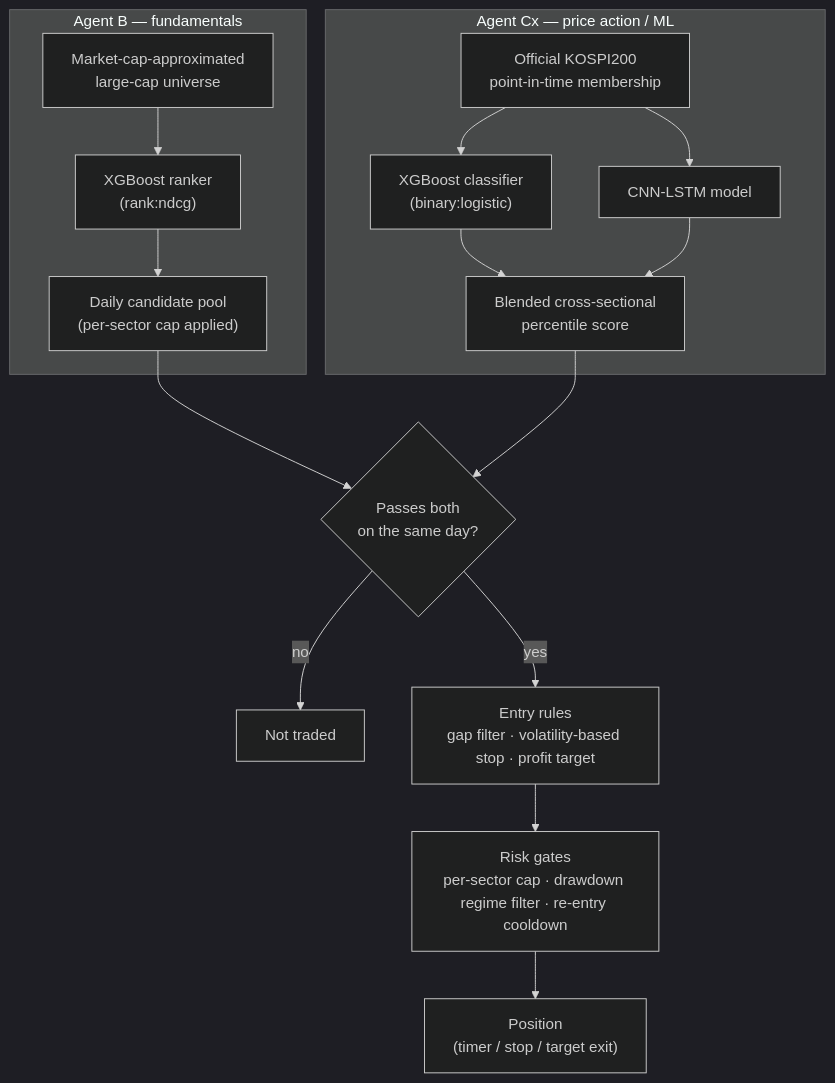
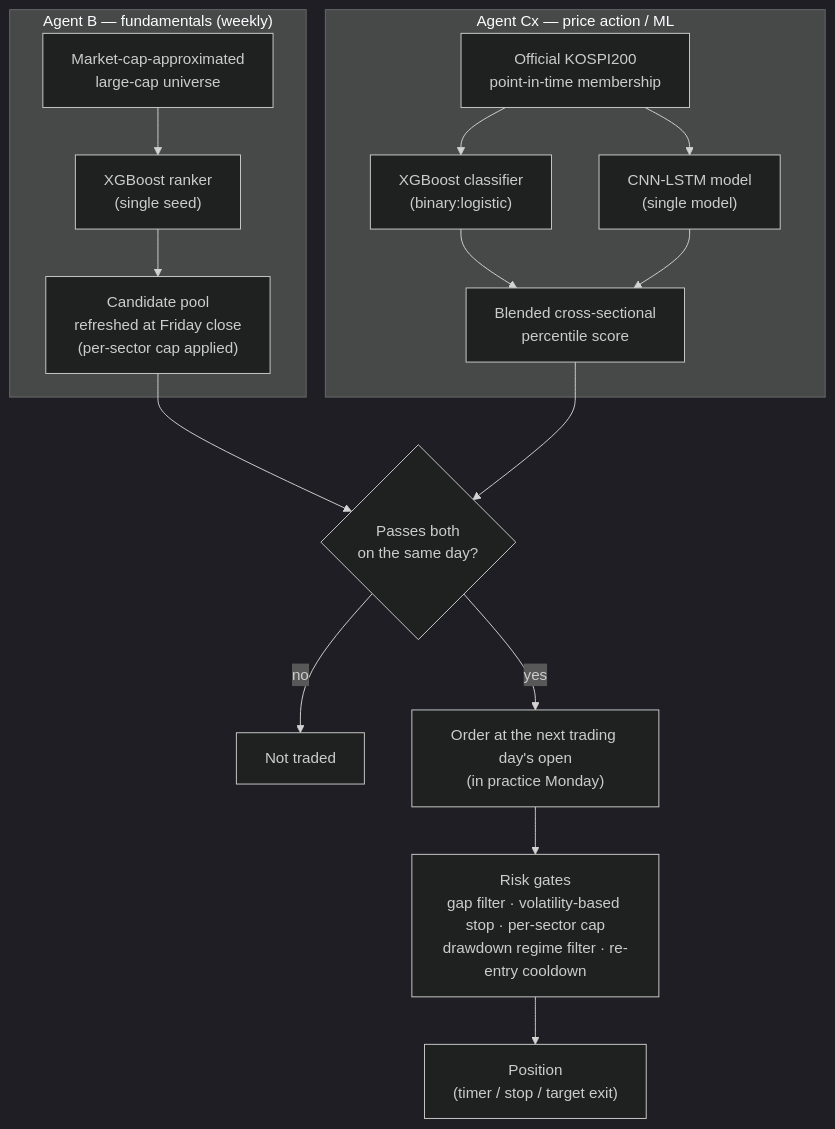
The first of 3 diagrams in README.md (paul00-post/kr-equity-quant-research), drawn with Mermaid (dark theme) before and after one commit. The commit also changed other lines of this file, not shown here.

First line of the commit message:
Add the seed-averaged daily sleeve, the 50/50 split plan, and the Cx embargo caveat

````diff
--- a/README.md
+++ b/README.md
@@ -120,21 +170,21 @@
 ```mermaid
 flowchart TD
-    subgraph AgentB["Agent B — fundamentals"]
-        B1["Market-cap-approximated<br/>large-cap universe"] --> B2["XGBoost ranker<br/>(rank:ndcg)"]
-        B2 --> B3["Daily candidate pool<br/>(per-sector cap applied)"]
+    subgraph AgentB["Agent B — fundamentals (weekly)"]
+        B1["Market-cap-approximated<br/>large-cap universe"] --> B2["XGBoost ranker<br/>(single seed)"]
+        B2 --> B3["Candidate pool<br/>refreshed at Friday close<br/>(per-sector cap applied)"]
     end
 
     subgraph AgentCx["Agent Cx — price action / ML"]
         C1["Official KOSPI200<br/>point-in-time membership"] --> C2["XGBoost classifier<br/>(binary:logistic)"]
-        C1 --> C3["CNN-LSTM model"]
+        C1 --> C3["CNN-LSTM model<br/>(single model)"]
         C2 --> C4["Blended cross-sectional<br/>percentile score"]
         C3 --> C4
     end
 
     B3 --> GATE{"Passes both<br/>on the same day?"}
     C4 --> GATE
     GATE -->|no| SKIP["Not traded"]
-    GATE -->|yes| ENTRY["Entry rules<br/>gap filter · volatility-based stop · profit target"]
-    ENTRY --> RISK["Risk gates<br/>per-sector cap · drawdown regime filter · re-entry cooldown"]
+    GATE -->|yes| ENTRY["Order at the next trading day's open<br/>(in practice Monday)"]
+    ENTRY --> RISK["Risk gates<br/>gap filter · volatility-based stop · per-sector cap<br/>drawdown regime filter · re-entry cooldown"]
     RISK --> POS["Position<br/>(timer / stop / target exit)"]
 ```
````
